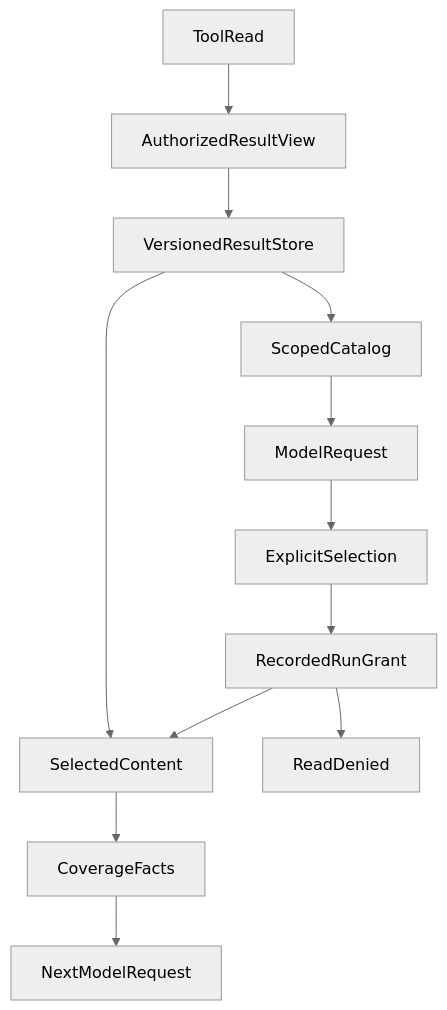
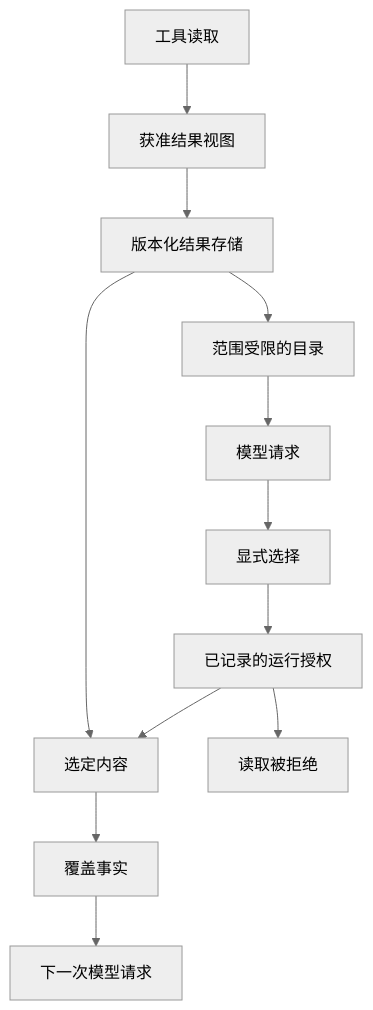
The diagram in articles/tool-results-outside-model-context.md (hpoenixf/eff-agent-article), drawn with Mermaid (neutral theme) before and after one commit. The commit also changed 52 other files, not shown here.

Commit message:
docs: localize diagrams and clarify flagship guides

````diff
--- a/articles/tool-results-outside-model-context.md
+++ b/articles/tool-results-outside-model-context.md
@@ -50,14 +50,14 @@
 ```mermaid
 graph TD
-ToolRead --> AuthorizedResultView
-AuthorizedResultView --> VersionedResultStore
-VersionedResultStore --> ScopedCatalog
-ScopedCatalog --> ModelRequest
-ModelRequest --> ExplicitSelection
-ExplicitSelection --> RecordedRunGrant
-RecordedRunGrant --> SelectedContent
-RecordedRunGrant --> ReadDenied
+ToolRead["工具读取"] --> AuthorizedResultView["获准结果视图"]
+AuthorizedResultView --> VersionedResultStore["版本化结果存储"]
+VersionedResultStore --> ScopedCatalog["范围受限的目录"]
+ScopedCatalog --> ModelRequest["模型请求"]
+ModelRequest --> ExplicitSelection["显式选择"]
+ExplicitSelection --> RecordedRunGrant["已记录的运行授权"]
+RecordedRunGrant --> SelectedContent["选定内容"]
+RecordedRunGrant --> ReadDenied["读取被拒绝"]
 VersionedResultStore --> SelectedContent
-SelectedContent --> CoverageFacts
-CoverageFacts --> NextModelRequest
+SelectedContent --> CoverageFacts["覆盖事实"]
+CoverageFacts --> NextModelRequest["下一次模型请求"]
 ```
````
